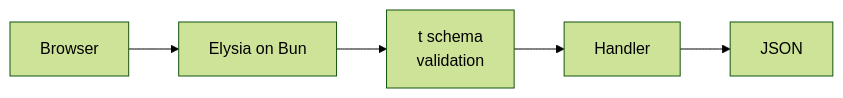
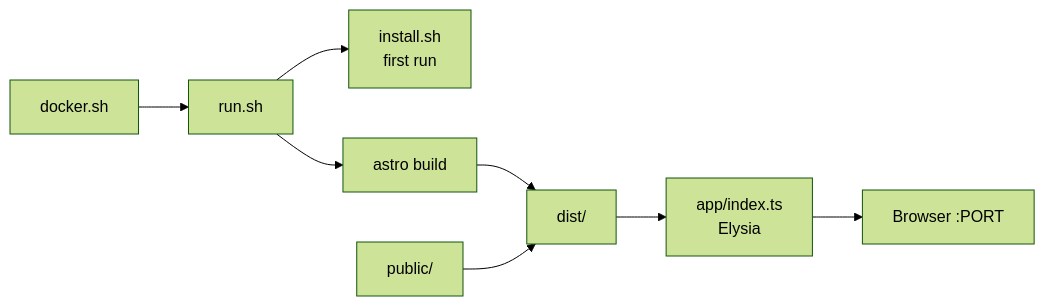
One commit to thiagoeti/front changed the diagram in public/README.md. Above: the diagram before and after it, drawn with Mermaid (forest theme). The commit also changed other lines of this file and 1 other file, not shown here.

First line of the commit message:
docs: public README e data.json conforme o projeto

````diff
--- a/public/README.md
+++ b/public/README.md
@@ -14,7 +16,10 @@
 ```mermaid
 flowchart LR
-  B[Browser] --> E[Elysia on Bun]
-  E --> V["t schema<br/>validation"]
-  V --> H[Handler]
-  H --> J[JSON]
+  D[docker.sh] --> R[run.sh]
+  R --> I["install.sh<br/>first run"]
+  R --> A[astro build]
+  A --> DI["dist/"]
+  P["public/"] --> DI
+  DI --> E["app/index.ts<br/>Elysia"]
+  E --> B["Browser :PORT"]
 ```
````
